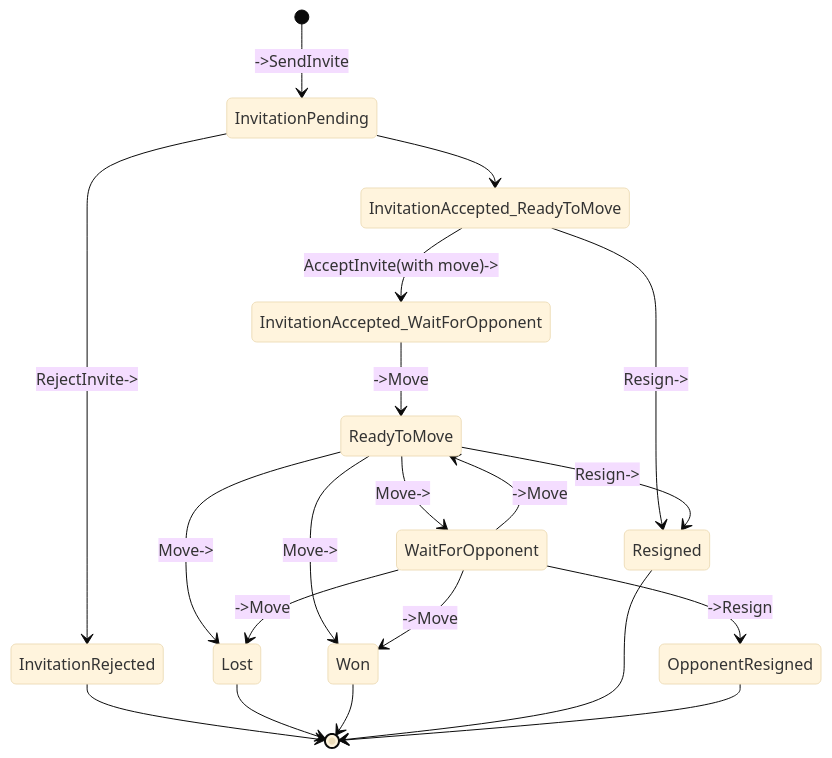
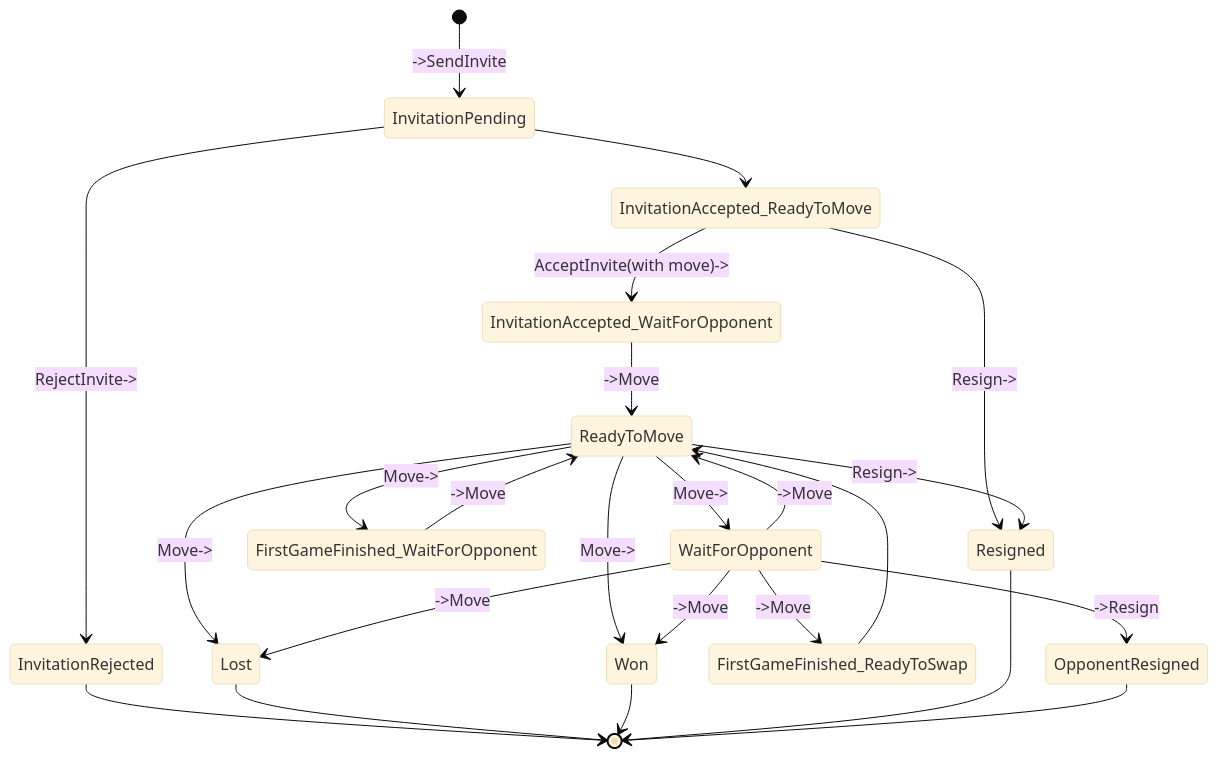
The second of 5 diagrams in README.md (jenspfahl/hylex), drawn with Mermaid (base theme) before and after one commit. The commit also changed other lines of this file and 6 other files, not shown here.

````diff
--- a/README.md
+++ b/README.md
@@ -71,23 +75,27 @@
 ```mermaid
     stateDiagram-v2
     
         [*] --> InvitationPending: ->SendInvite
         InvitationPending --> InvitationAccepted_ReadyToMove
         InvitationPending --> InvitationRejected: RejectInvite->
         InvitationRejected --> [*]
         InvitationAccepted_ReadyToMove --> InvitationAccepted_WaitForOpponent: AcceptInvite(with move)->
         InvitationAccepted_ReadyToMove --> Resigned: Resign->
         ReadyToMove --> WaitForOpponent: Move->
         InvitationAccepted_WaitForOpponent --> ReadyToMove: ->Move
         WaitForOpponent --> ReadyToMove: ->Move
         ReadyToMove --> Lost: Move->
         ReadyToMove --> Won: Move->
+        ReadyToMove --> FirstGameFinished_WaitForOpponent: Move->
         ReadyToMove --> Resigned: Resign->
         WaitForOpponent --> Lost: ->Move
         WaitForOpponent --> Won: ->Move
+        WaitForOpponent --> FirstGameFinished_ReadyToSwap: ->Move
         WaitForOpponent --> OpponentResigned: ->Resign    
+        FirstGameFinished_ReadyToSwap --> ReadyToMove
+        FirstGameFinished_WaitForOpponent --> ReadyToMove: ->Move
         Lost --> [*]
         Won --> [*]
         Resigned --> [*]
         OpponentResigned --> [*]
 ```
````
